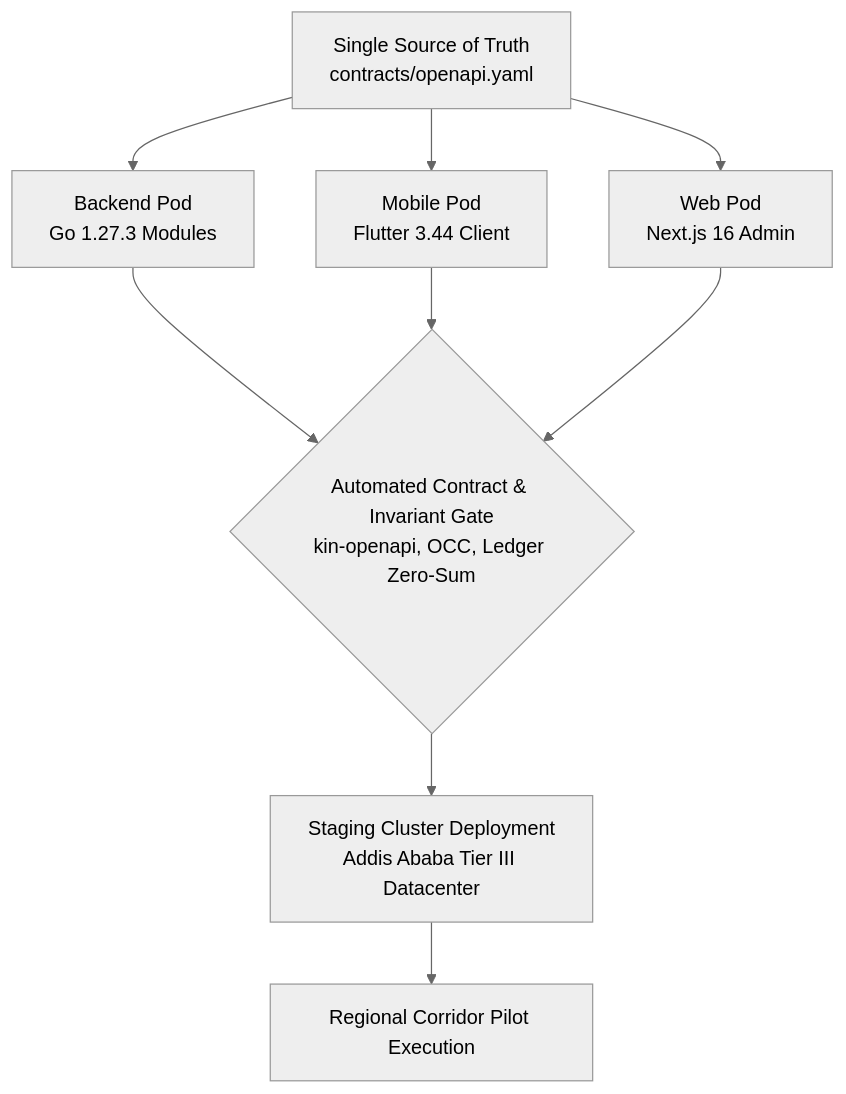
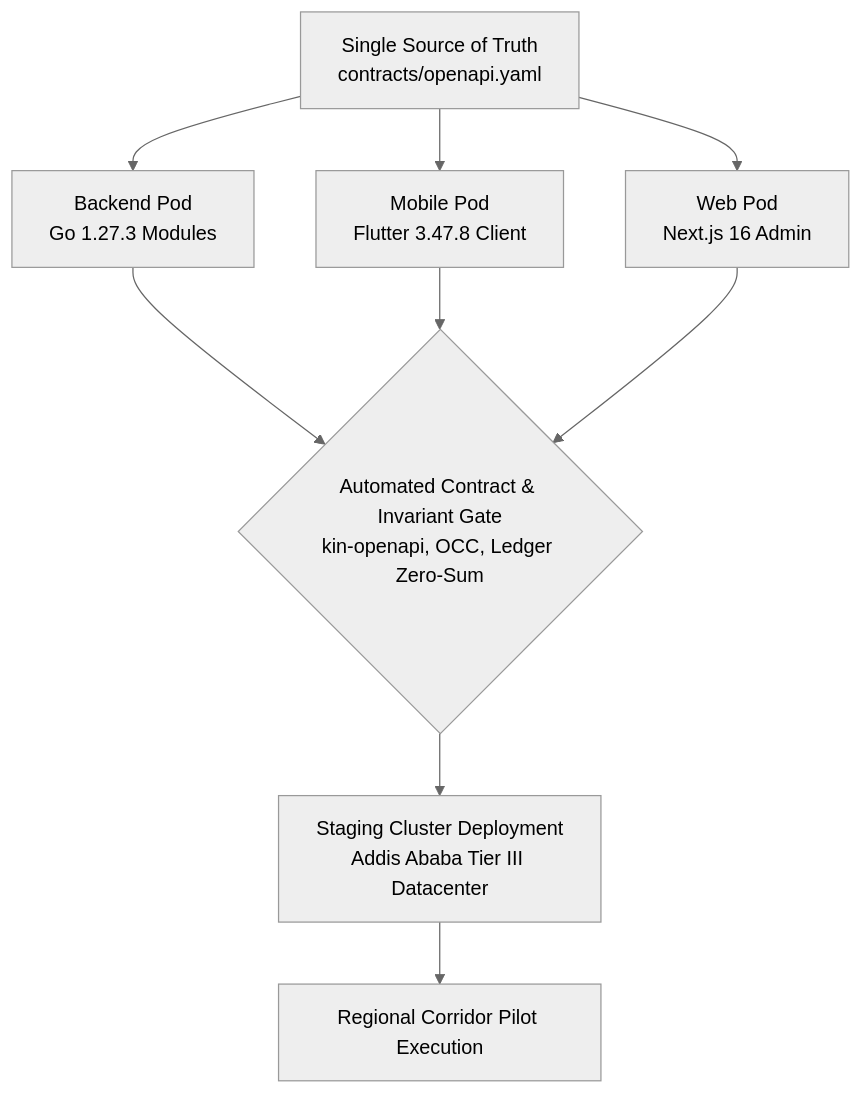
Before and after one commit to YDink/Heavy-Machinery-Logistics-Rental: the first of 5 diagrams in docs/shared/architecture/13-implementation-roadmap.md, drawn with Mermaid (neutral theme). The commit also changed other lines of this file and 212 other files, not shown here.

````diff
--- a/docs/shared/architecture/13-implementation-roadmap.md
+++ b/docs/shared/architecture/13-implementation-roadmap.md
@@ -62,13 +62,13 @@
 ```mermaid
 flowchart TD
     Contract["Single Source of Truth<br/>contracts/openapi.yaml"] --> BackendPod["Backend Pod<br/>Go 1.27.3 Modules"]
-    Contract --> MobilePod["Mobile Pod<br/>Flutter 3.44 Client"]
+    Contract --> MobilePod["Mobile Pod<br/>Flutter 3.47.8 Client"]
     Contract --> WebPod["Web Pod<br/>Next.js 16 Admin"]
 
     BackendPod --> IntegrationGate{"Automated Contract & Invariant Gate<br/>kin-openapi, OCC, Ledger Zero-Sum"}
     MobilePod --> IntegrationGate
     WebPod --> IntegrationGate
 
     IntegrationGate --> StagingDeploy["Staging Cluster Deployment<br/>Addis Ababa Tier III Datacenter"]
     StagingDeploy --> PilotLaunch["Regional Corridor Pilot Execution"]
 ```
````
